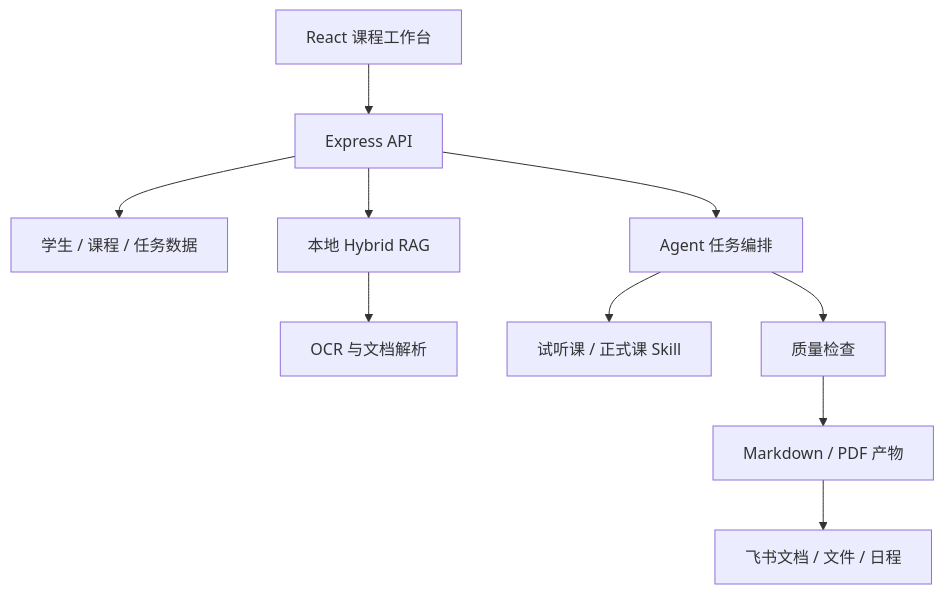
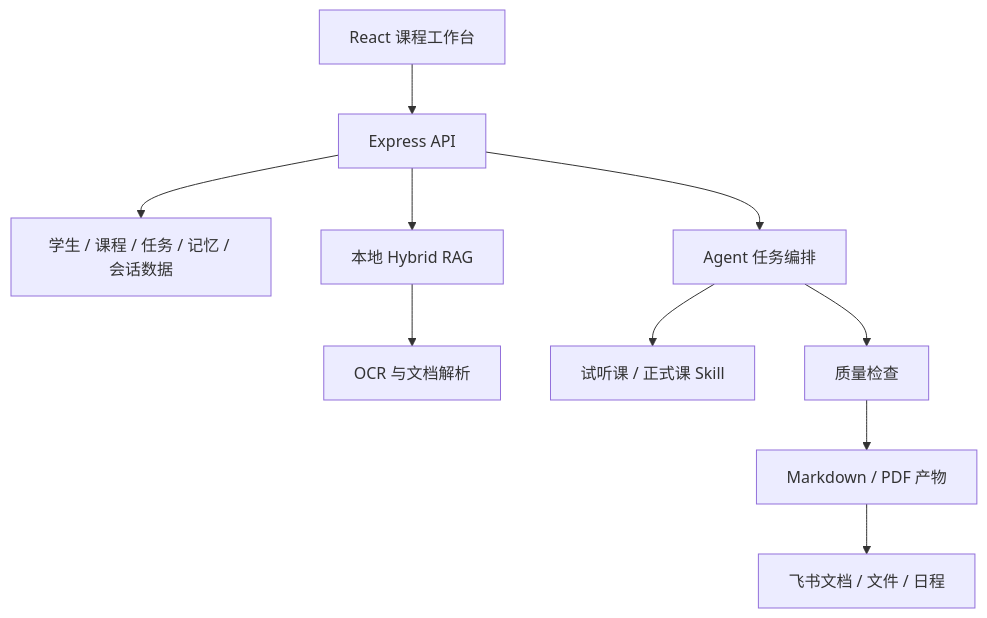
One commit to KunyangZhang/lesson-prep-web changed the second of 2 diagrams in README.md. Above: the diagram before and after it, drawn with Mermaid. The commit also changed other lines of this file and 16 other files, not shown here.

````diff
--- a/README.md
+++ b/README.md
@@ -128,12 +152,12 @@
 ```mermaid
 flowchart TB
     UI[React 课程工作台] --> API[Express API]
-    API --> STORE[学生 / 课程 / 任务数据]
+    API --> STORE[学生 / 课程 / 任务 / 记忆 / 会话数据]
     API --> RAG[本地 Hybrid RAG]
     API --> JOB[Agent 任务编排]
     RAG --> OCR[OCR 与文档解析]
     JOB --> SKILL[试听课 / 正式课 Skill]
     JOB --> QUALITY[质量检查]
     QUALITY --> OUTPUT[Markdown / PDF 产物]
     OUTPUT --> LARK[飞书文档 / 文件 / 日程]
 ```
````
